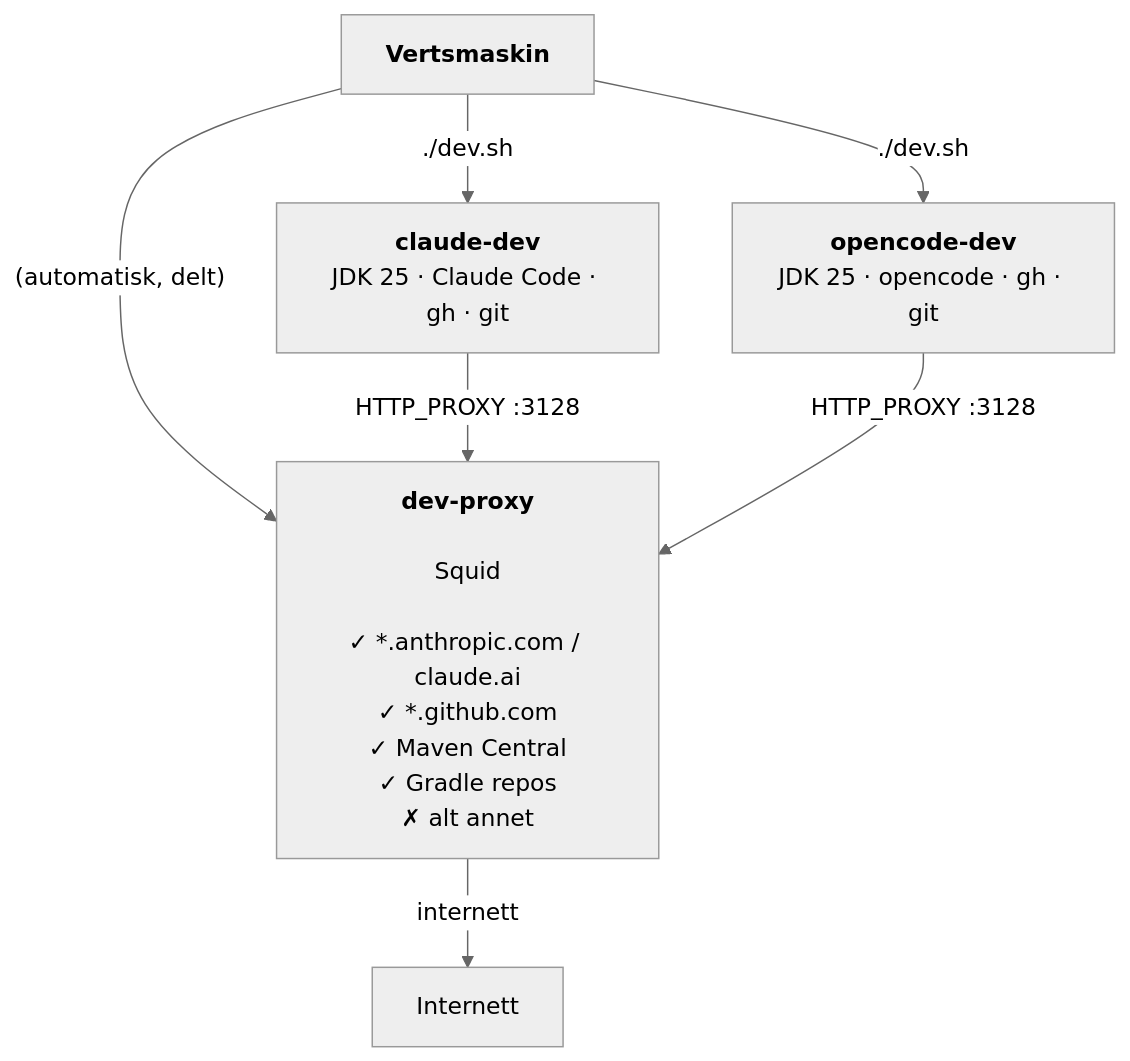
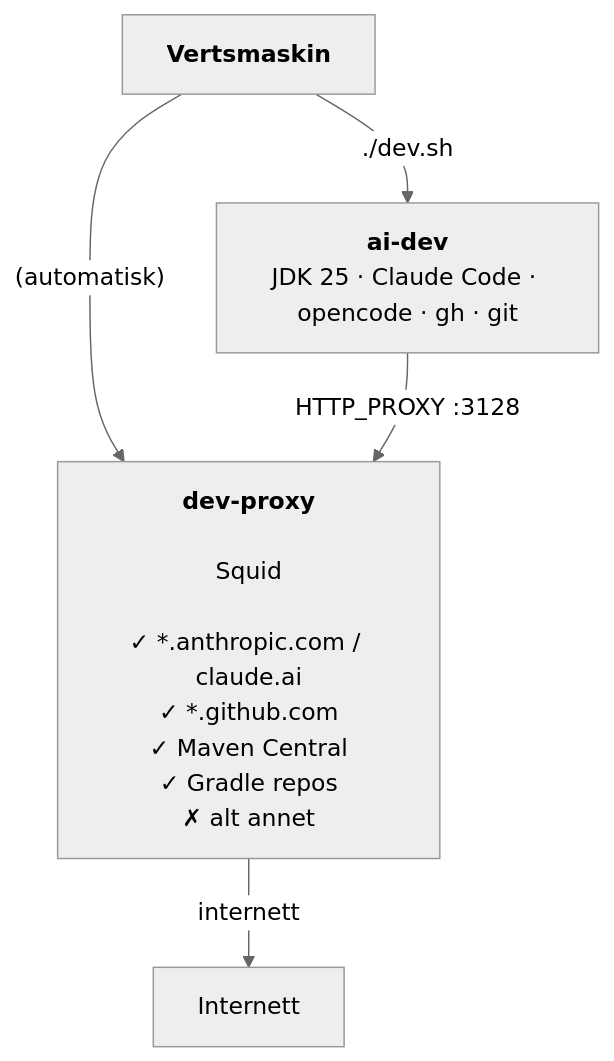
The diagram in README.md (bekk/agentic-ai-tools), drawn with Mermaid (neutral theme) before and after one commit. The commit also changed other lines of this file and 20 other files, not shown here.

First line of the commit message:
Merge claude + opencode into single jdk-anthropic dev container

````diff
--- a/README.md
+++ b/README.md
@@ -35,12 +34,10 @@
 ```mermaid
 graph TD
     host["<b>Vertsmaskin</b>"]
 
-    host -->|"./dev.sh"| claude["<b>claude-dev</b><br/>JDK 25 · Claude Code · gh · git"]
-    host -->|"./dev.sh"| opencode["<b>opencode-dev</b><br/>JDK 25 · opencode · gh · git"]
-    host -->|"(automatisk, delt)"| proxy["<b>dev-proxy</b><br/><br/>Squid<br/><br/>✓ *.anthropic.com / claude.ai<br/>✓ *.github.com<br/>✓ Maven Central<br/>✓ Gradle repos<br/>✗ alt annet"]
+    host -->|"./dev.sh"| aidev["<b>ai-dev</b><br/>JDK 25 · Claude Code · opencode · gh · git"]
+    host -->|"(automatisk)"| proxy["<b>dev-proxy</b><br/><br/>Squid<br/><br/>✓ *.anthropic.com / claude.ai<br/>✓ *.github.com<br/>✓ Maven Central<br/>✓ Gradle repos<br/>✗ alt annet"]
 
-    claude -->|"HTTP_PROXY :3128"| proxy
-    opencode -->|"HTTP_PROXY :3128"| proxy
+    aidev -->|"HTTP_PROXY :3128"| proxy
     proxy -->|"internett"| internet["Internett"]
 ```
````
